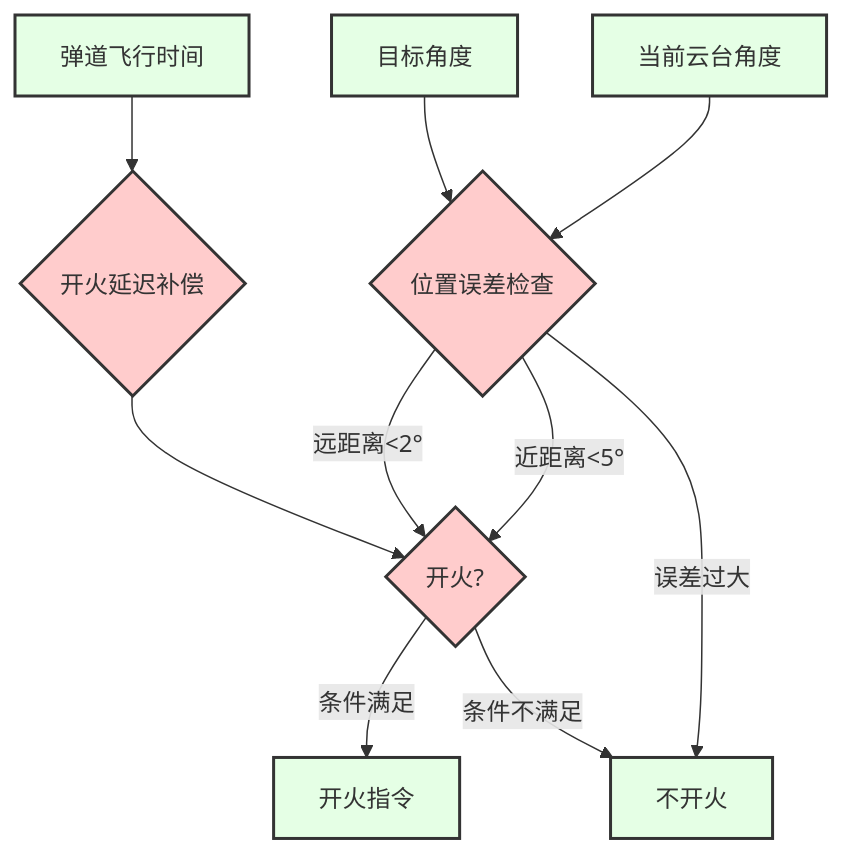
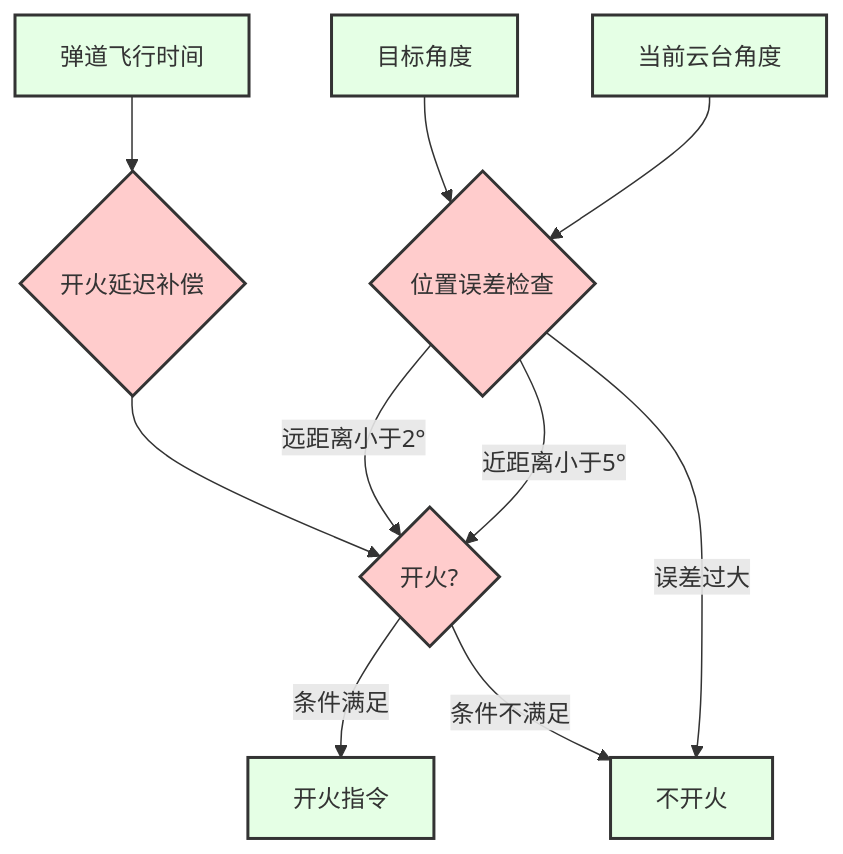
The ninth of 26 diagrams in docs/09_sp_vision_25分析.md (happywosabi/pb2025_sentry_ws), drawn with Mermaid before and after one commit. The commit also changed other lines of this file and 2 other files, not shown here.

````diff
--- a/docs/09_sp_vision_25分析.md
+++ b/docs/09_sp_vision_25分析.md
@@ -452,20 +457,20 @@
 ```mermaid
 graph TB
     A[当前云台角度] --> B{位置误差检查}
     C[目标角度] --> B
     D[弹道飞行时间] --> E{开火延迟补偿}
 
-    B -->|近距离<5°| F{开火?}
-    B -->|远距离<2°| F
+    B -->|近距离小于5°| F{开火?}
+    B -->|远距离小于2°| F
     B -->|误差过大| G[不开火]
 
     E --> F
     F -->|条件满足| H[开火指令]
     F -->|条件不满足| G
 
     classDef decisionClass fill:#FFCCCC,stroke:#333,stroke-width:2px
     classDef dataClass fill:#E5FFE5,stroke:#333,stroke-width:2px
 
     class B,E,F decisionClass
     class A,C,D,G,H dataClass
 ```
````
